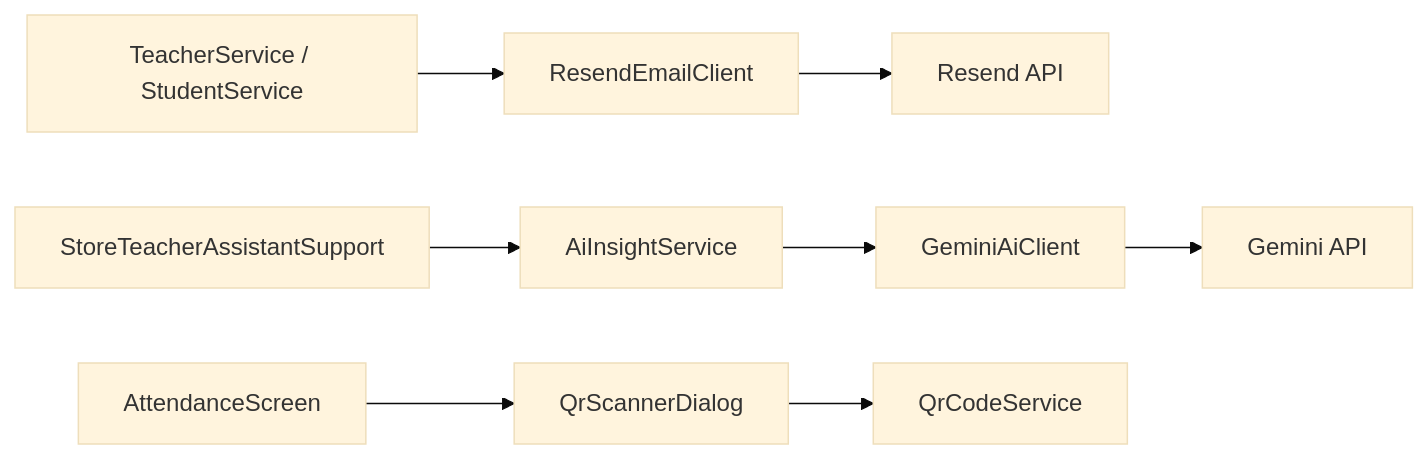
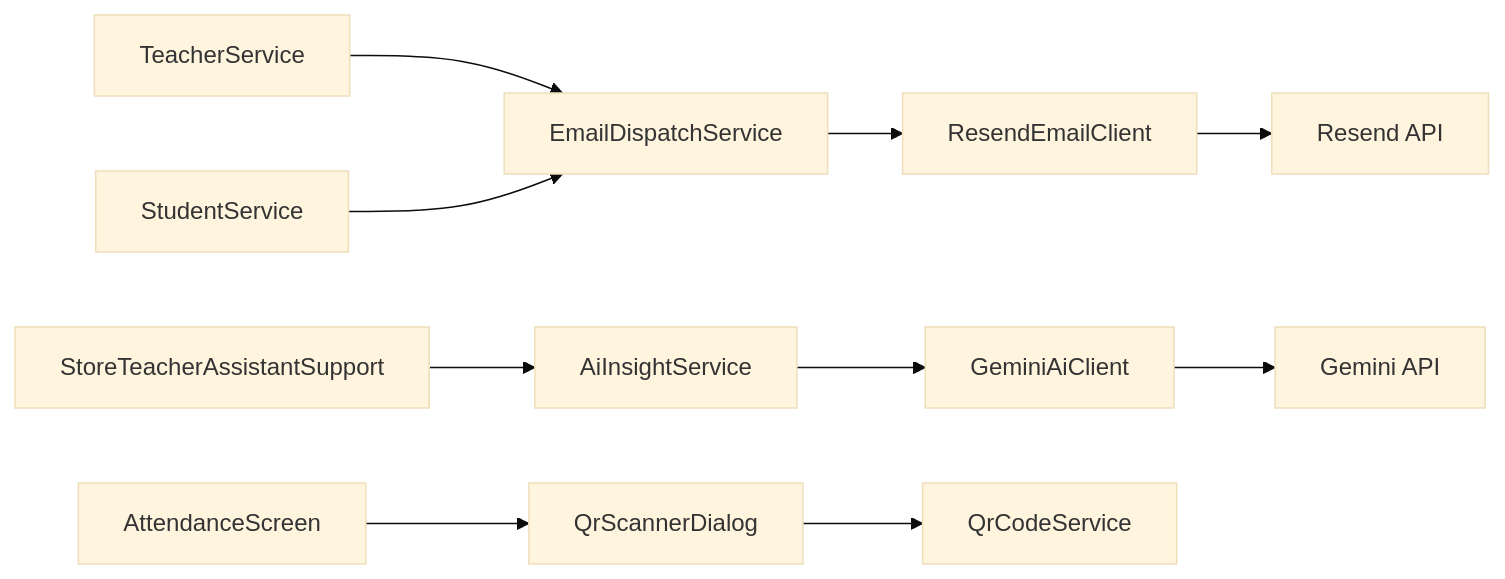
The second of 2 diagrams in docs/database-flow.md (micoms/QrAttendance), drawn with Mermaid (base theme) before and after one commit. The commit also changed other lines of this file and 17 other files, not shown here.

Commit message:
Simplify task-first UI flow and rewrite beginner docs

````diff
--- a/docs/database-flow.md
+++ b/docs/database-flow.md
@@ -76,12 +81,14 @@
 ```mermaid
 flowchart LR
-    A["TeacherService / StudentService"] --> B["ResendEmailClient"]
-    B --> C["Resend API"]
+    A["TeacherService"] --> B["EmailDispatchService"]
+    C["StudentService"] --> B
+    B --> D["ResendEmailClient"]
+    D --> E["Resend API"]
 
-    D["StoreTeacherAssistantSupport"] --> E["AiInsightService"]
-    E --> F["GeminiAiClient"]
-    F --> G["Gemini API"]
+    F["StoreTeacherAssistantSupport"] --> G["AiInsightService"]
+    G --> H["GeminiAiClient"]
+    H --> I["Gemini API"]
 
-    H["AttendanceScreen"] --> I["QrScannerDialog"]
-    I --> J["QrCodeService"]
+    J["AttendanceScreen"] --> K["QrScannerDialog"]
+    K --> L["QrCodeService"]
 ```
````
